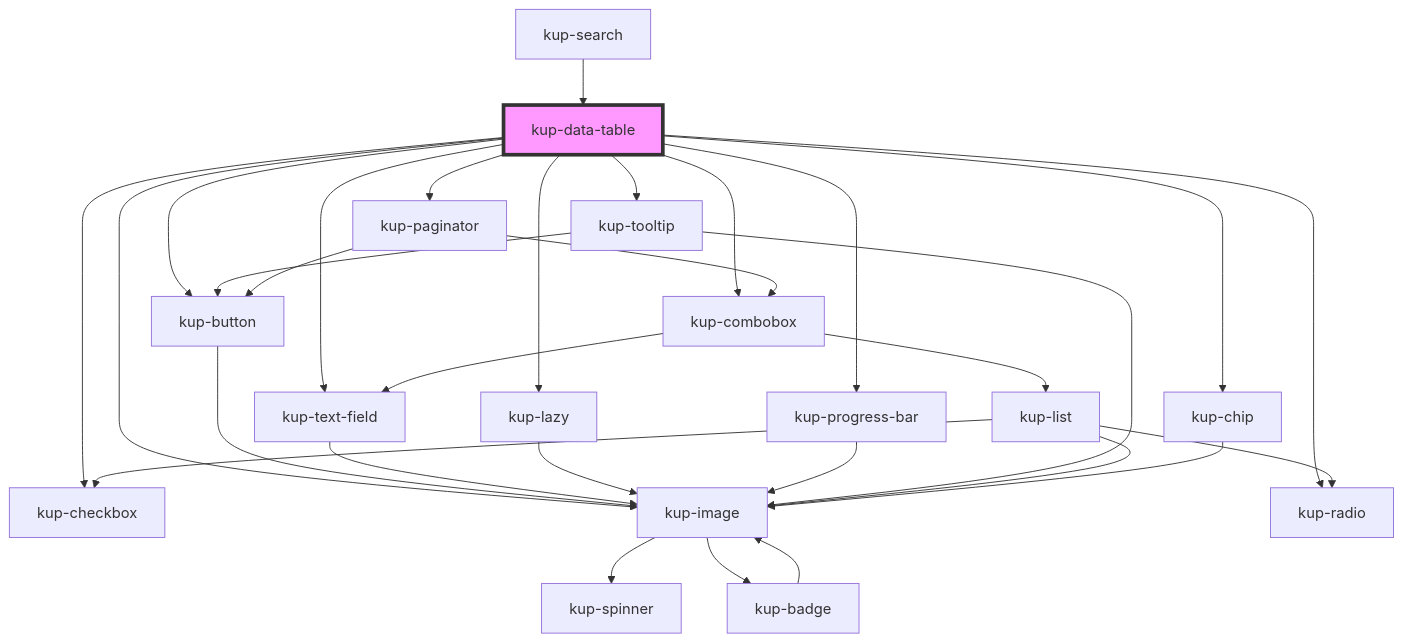
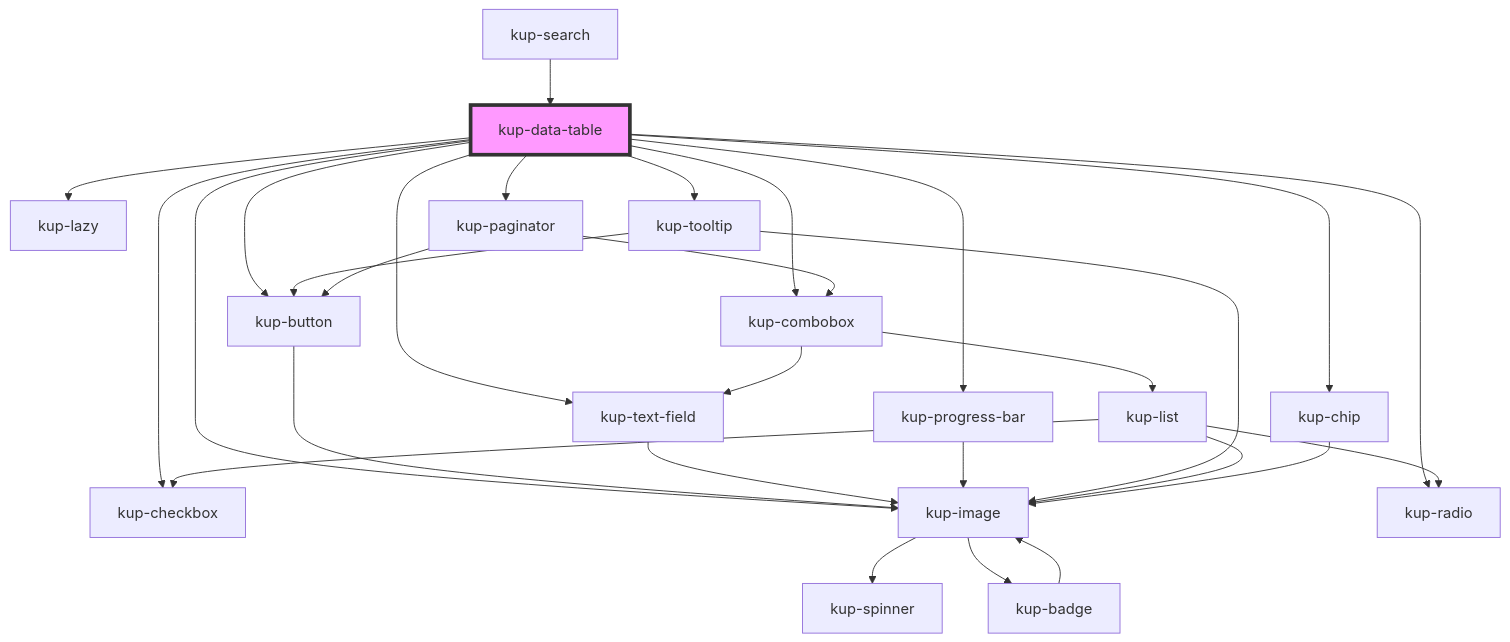
The diagram in packages/ketchup/src/components/kup-data-table/readme.md (smeup/ketchup), drawn with Mermaid before and after one commit. The commit also changed 9 other files, not shown here.

Commit message:
Removed kup-image from lazy for performanes' sake. Now SVGs are embedded.

````diff
--- a/packages/ketchup/src/components/kup-data-table/readme.md
+++ b/packages/ketchup/src/components/kup-data-table/readme.md
@@ -170,33 +170,32 @@
 ```mermaid
 graph TD;
   kup-data-table --> kup-checkbox
   kup-data-table --> kup-button
   kup-data-table --> kup-image
   kup-data-table --> kup-text-field
   kup-data-table --> kup-lazy
   kup-data-table --> kup-progress-bar
   kup-data-table --> kup-radio
   kup-data-table --> kup-tooltip
   kup-data-table --> kup-paginator
   kup-data-table --> kup-combobox
   kup-data-table --> kup-chip
   kup-button --> kup-image
   kup-image --> kup-spinner
   kup-image --> kup-badge
   kup-badge --> kup-image
   kup-text-field --> kup-image
-  kup-lazy --> kup-image
   kup-progress-bar --> kup-image
   kup-tooltip --> kup-button
   kup-tooltip --> kup-image
   kup-paginator --> kup-button
   kup-paginator --> kup-combobox
   kup-combobox --> kup-text-field
   kup-combobox --> kup-list
   kup-list --> kup-image
   kup-list --> kup-radio
   kup-list --> kup-checkbox
   kup-chip --> kup-image
   kup-search --> kup-data-table
   style kup-data-table fill:#f9f,stroke:#333,stroke-width:4px
 ```
````
